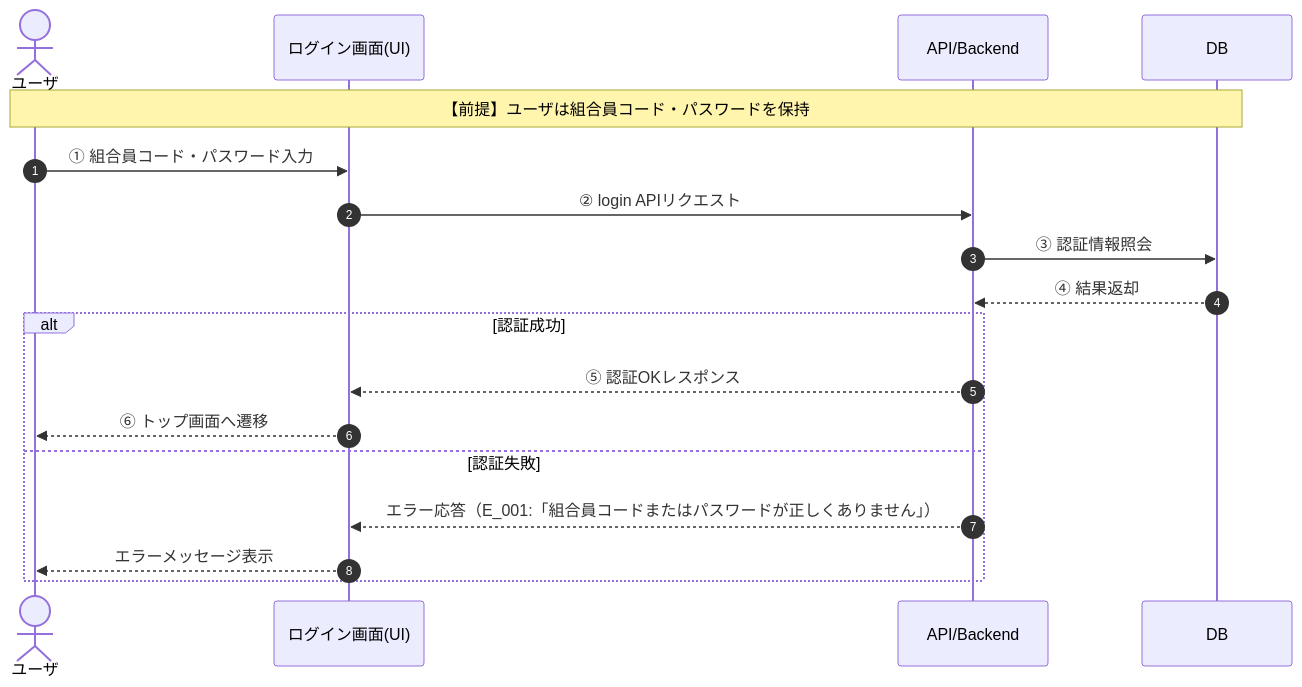
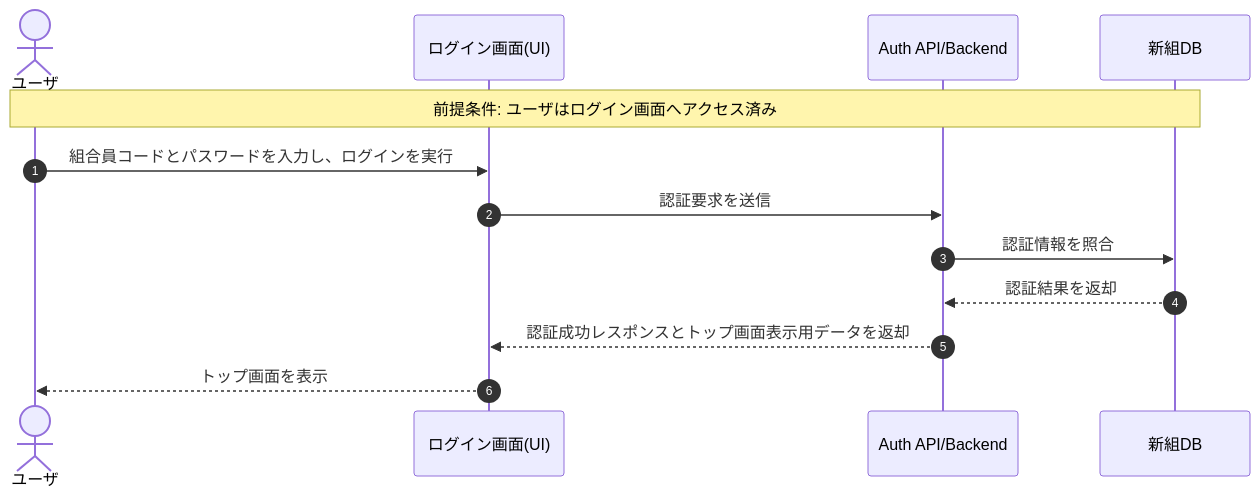
One commit to shimizuk-nttdatatohoku/genai_in_business changed the first of 4 diagrams in docs/ED/product/sequence_diagram.md. Above: the diagram before and after it, drawn with Mermaid. The commit also changed other lines of this file, not shown here.

````diff
--- a/docs/ED/product/sequence_diagram.md
+++ b/docs/ED/product/sequence_diagram.md
@@ -12,22 +13,17 @@
 ```mermaid
 sequenceDiagram
     autonumber
     actor User as ユーザ
     participant UI as ログイン画面(UI)
-    participant API as API/Backend
-    participant DB as DB
+    participant API as Auth API/Backend
+    participant DB as 新組DB
 
-    Note over User,DB: 【前提】ユーザは組合員コード・パスワードを保持
+    Note over User,DB: 前提条件: ユーザはログイン画面へアクセス済み
 
-    User->>UI: ① 組合員コード・パスワード入力
-    UI->>API: ② login APIリクエスト
-    API->>DB: ③ 認証情報照会
-    DB-->>API: ④ 結果返却
-    alt 認証成功
-        API-->>UI: ⑤ 認証OKレスポンス
-        UI-->>User: ⑥ トップ画面へ遷移
-    else 認証失敗
-        API-->>UI: エラー応答（E_001:「組合員コードまたはパスワードが正しくありません」）
-        UI-->>User: エラーメッセージ表示
-    end
+    User->>UI: 組合員コードとパスワードを入力し、ログインを実行
+    UI->>API: 認証要求を送信
+    API->>DB: 認証情報を照合
+    DB-->>API: 認証結果を返却
+    API-->>UI: 認証成功レスポンスとトップ画面表示用データを返却
+    UI-->>User: トップ画面を表示
 ```
````
